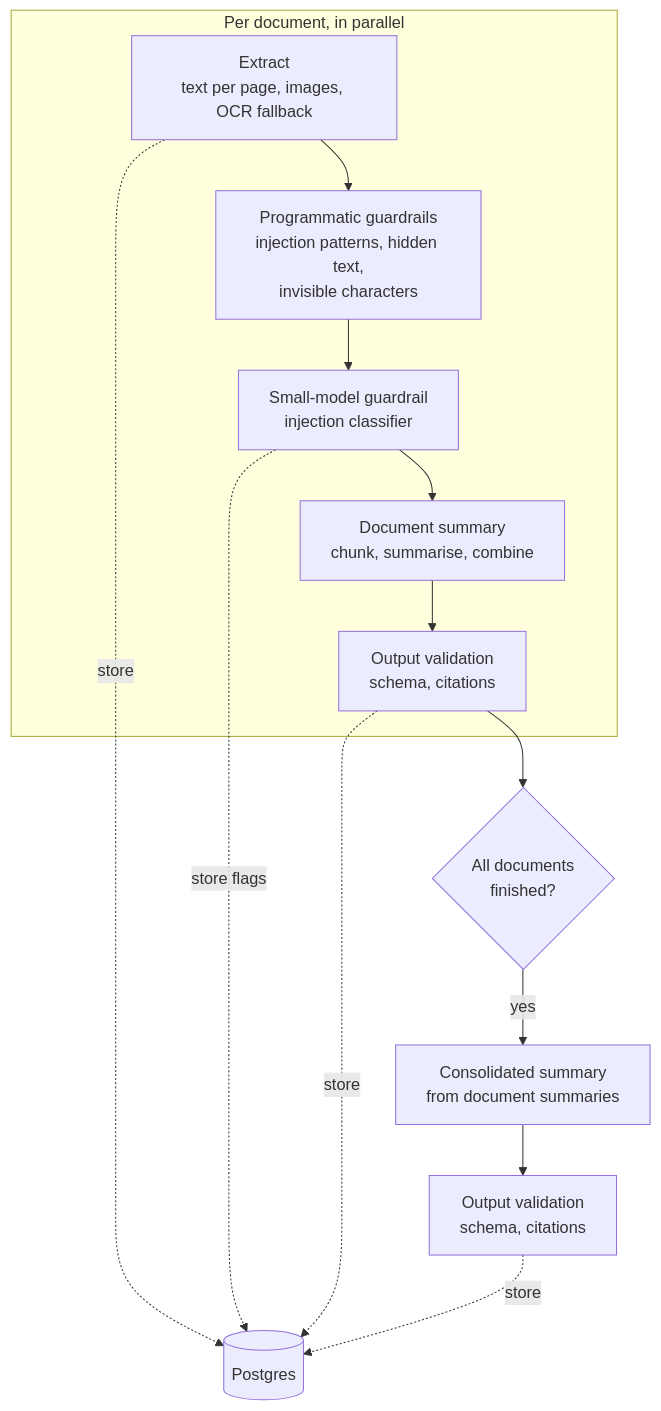
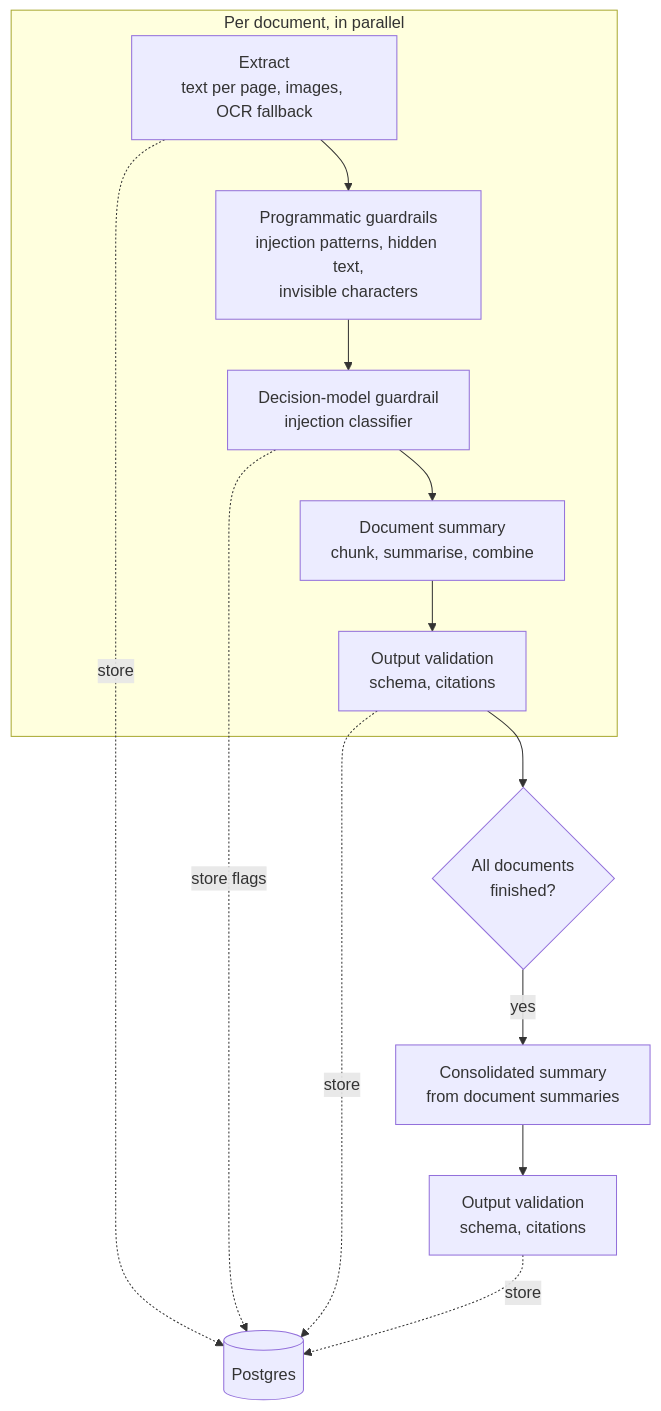
Before and after one commit to nc1z/doc-insight: diagram 12 of 13 in context/architecture.md, drawn with Mermaid. The commit also changed other lines of this file and 1 other file, not shown here.

````diff
--- a/context/architecture.md
+++ b/context/architecture.md
@@ -230,18 +321,18 @@
 ```mermaid
 flowchart TD
     subgraph PerDoc[Per document, in parallel]
         Extract[Extract<br/>text per page, images, OCR fallback] --> Checks[Programmatic guardrails<br/>injection patterns, hidden text,<br/>invisible characters]
-        Checks --> Classifier[Small-model guardrail<br/>injection classifier]
+        Checks --> Classifier[Decision-model guardrail<br/>injection classifier]
         Classifier --> Summarise[Document summary<br/>chunk, summarise, combine]
         Summarise --> ValidateDoc[Output validation<br/>schema, citations]
     end
 
     ValidateDoc --> FanIn{All documents<br/>finished?}
     FanIn -- yes --> Consolidate[Consolidated summary<br/>from document summaries]
     Consolidate --> ValidateReport[Output validation<br/>schema, citations]
 
     Extract -. store .-> DB[(Postgres)]
     Classifier -. store flags .-> DB
     ValidateDoc -. store .-> DB
     ValidateReport -. store .-> DB
 ```
````
